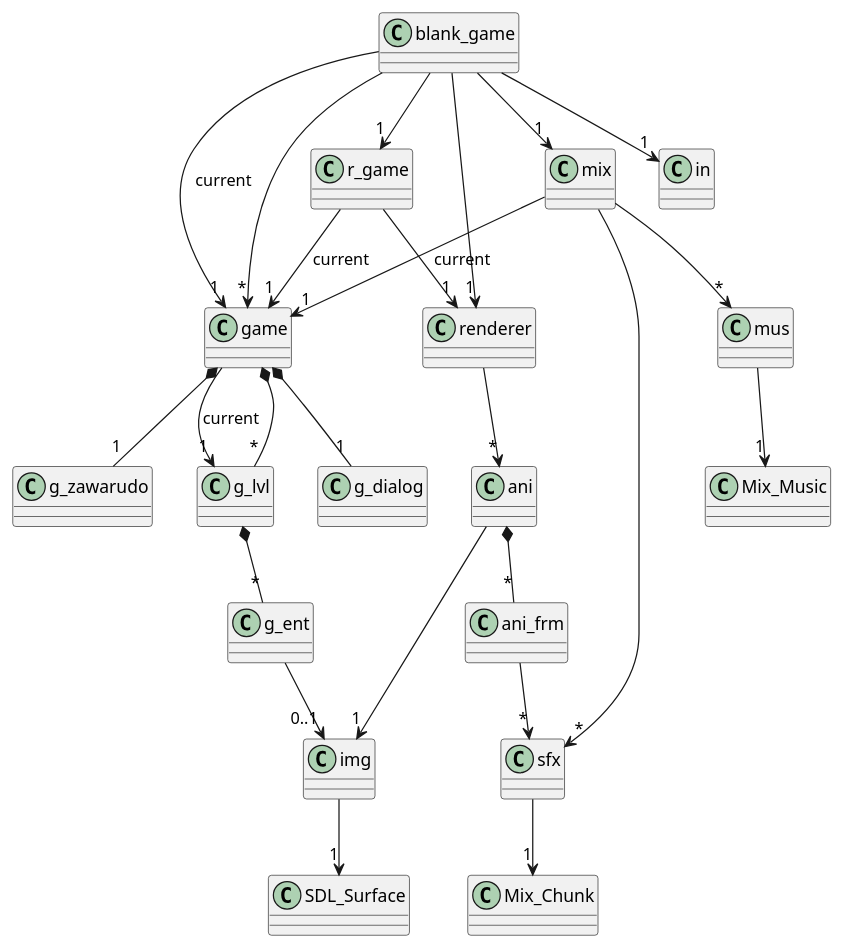
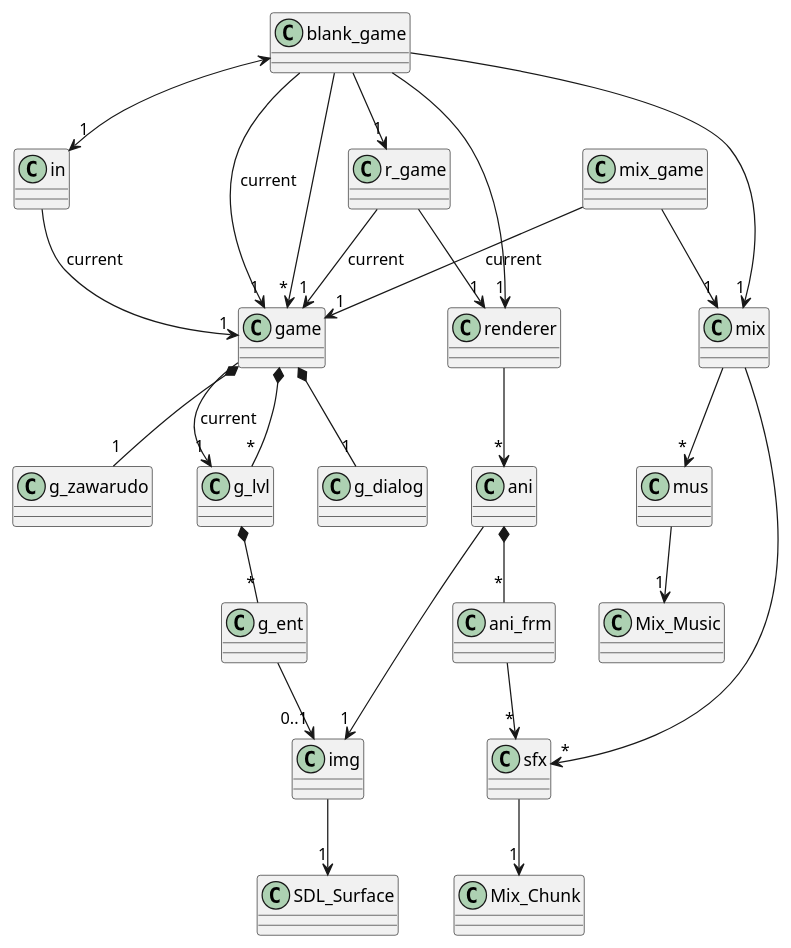
Before and after one commit to skylittlesystem/blank_game: the diagram in doc/classes.plantuml, drawn with PlantUML.

Commit message:
Add mix_game to classes.plantuml.

```diff
--- a/doc/classes.plantuml
+++ b/doc/classes.plantuml
@@ -1,84 +1,91 @@
 @startuml
 
 class blank_game {
 }
 
 blank_game --> "*" game
 blank_game --> "1" game : current
 blank_game --> "1" renderer
 blank_game --> "1" r_game
-blank_game --> "1" in
 blank_game --> "1" mix
+blank_game <--> "1" in
 
 class game {
 }
 
 game *-- "1" g_dialog
 game *-- "1" g_zawarudo
 game *-- "*" g_lvl
 game --> "1" g_lvl : current
 
 class g_lvl {
 }
 
 g_lvl *-- "*" g_ent
 
 class g_ent {
 }
 
 g_ent --> "0..1" img
 
 class g_dialog {
 }
 
 class g_zawarudo {
 }
 
 class ani {
 }
 
 ani --> "1" img
 ani *-- "*" ani_frm
 
 class ani_frm {
 }
 
 ani_frm --> "*" sfx
 
 class img {
 }
 
 img --> "1" SDL_Surface
 
 class in {
 }
 
+in --> "1" game : current
+
 class mix {
 }
 
-mix --> "1" game : current
 mix --> "*" mus
 mix --> "*" sfx
+
+class mix_game {
+}
+
+mix_game --> "1" game : current
+mix_game --> "1" mix
 
 class mus {
 }
 
 mus --> "1" Mix_Music
 
 class sfx {
 }
 
 sfx --> "1" Mix_Chunk
 
 class renderer {
 }
 
 renderer --> "*" ani
 
 class r_game {
 }
 
 r_game --> "1" renderer
 r_game --> "1" game : current
 
 @enduml
```
